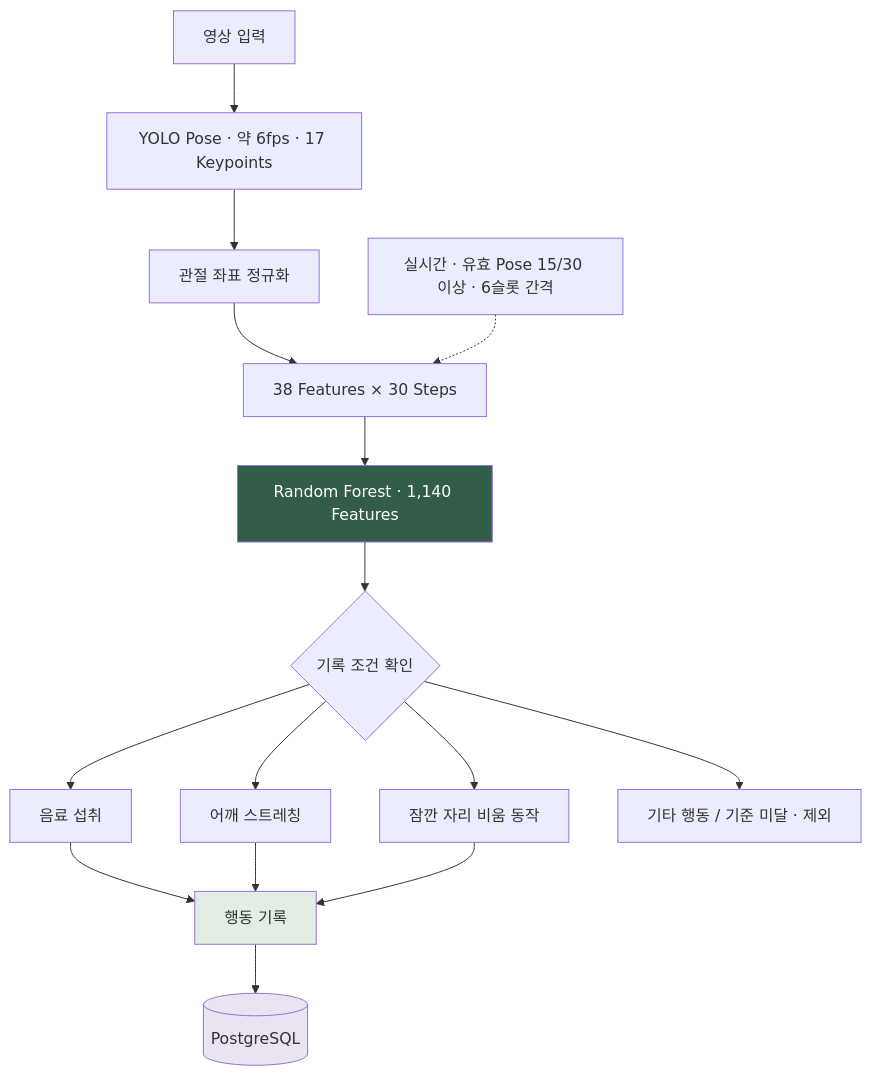
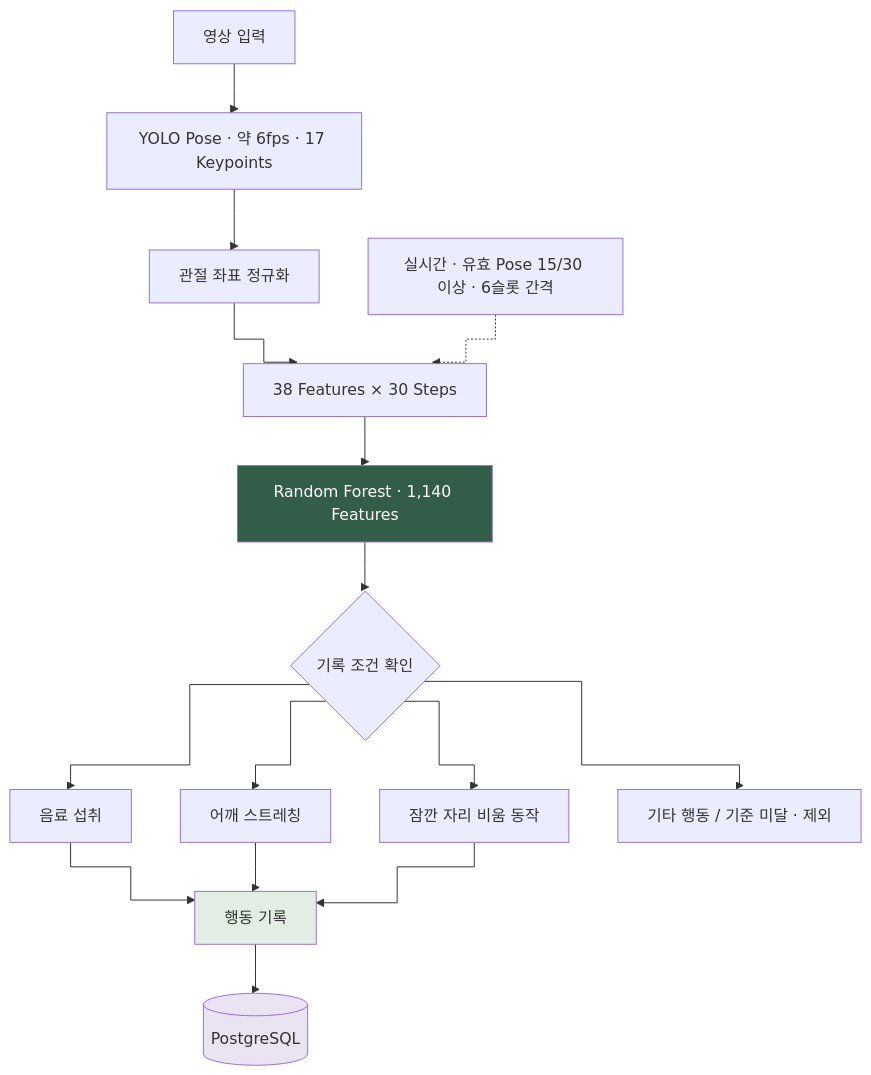
One commit to HanaPark-lab/desk-habit-coach changed the diagram in docs/images/diagrams/04_ai_pipeline.mmd. Above: the diagram before and after it, drawn with Mermaid. The commit also changed 9 other files, not shown here.

Commit message:
docs: refine diagram layouts with orthogonal connectors

```diff
--- a/docs/images/diagrams/04_ai_pipeline.mmd
+++ b/docs/images/diagrams/04_ai_pipeline.mmd
@@ -1,11 +1,16 @@
+---
+config:
+  flowchart:
+    curve: step
+---
 flowchart TD
  A[영상 입력] --> B[YOLO Pose · 약 6fps · 17 Keypoints] --> C[관절 좌표 정규화] --> D[38 Features × 30 Steps] --> E[Random Forest · 1,140 Features] --> Q{기록 조건 확인}
  Q --> F[음료 섭취]
  Q --> G[어깨 스트레칭]
  Q --> H[잠깐 자리 비움 동작]
  Q --> I[기타 행동 / 기준 미달 · 제외]
  F & G & H --> J[행동 기록] --> K[(PostgreSQL)]
  R["실시간 · 유효 Pose 15/30 이상 · 6슬롯 간격"] -.-> D
  style E fill:#315d49,color:#fff
  style J fill:#e2eee4
  style K fill:#eae3f2
```
